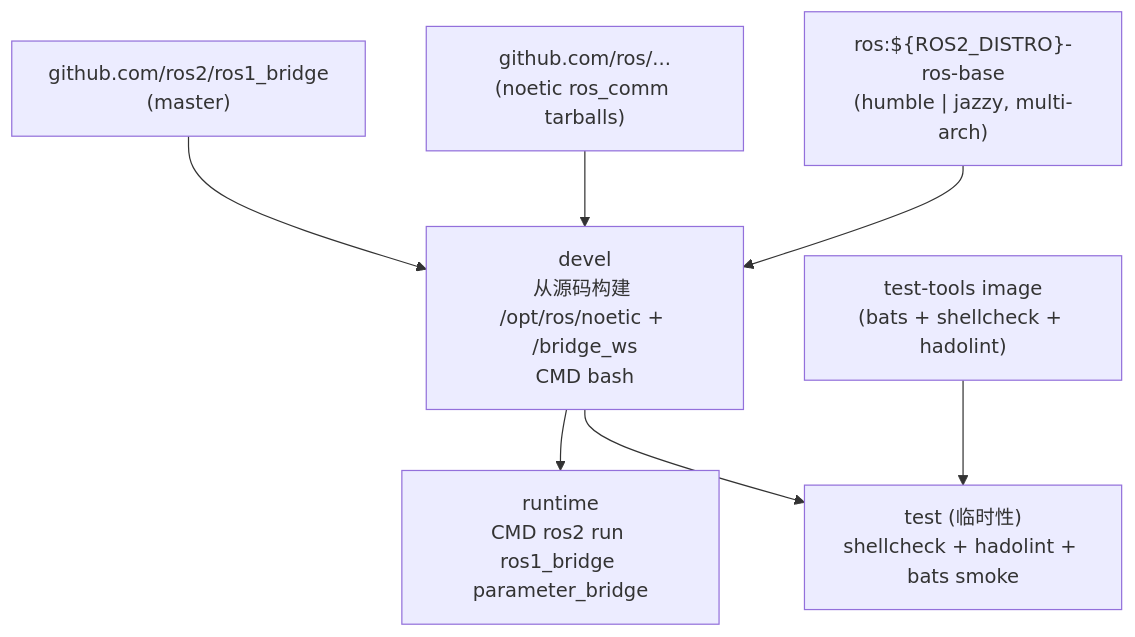
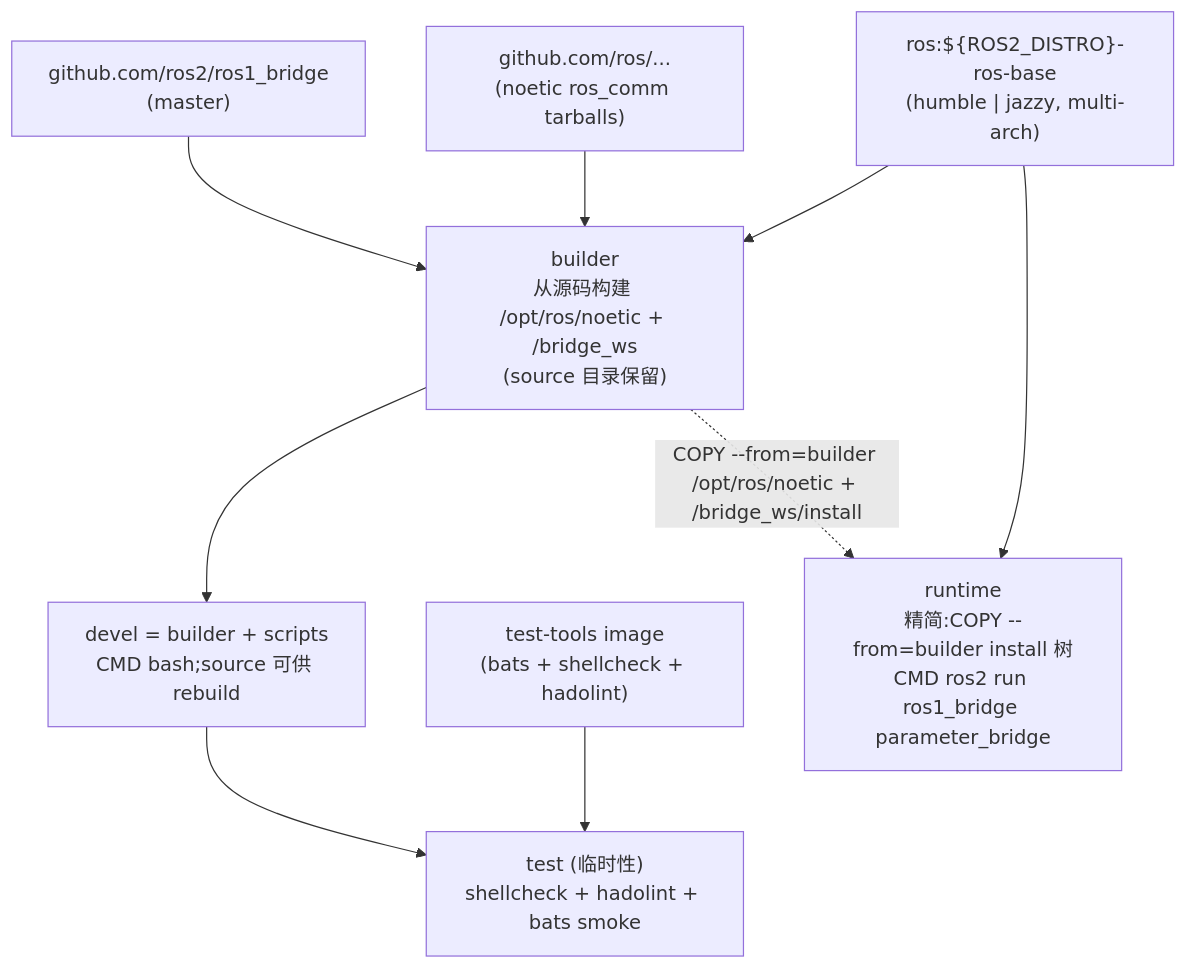
The diagram in doc/README.zh-CN.md (ycpss91255-docker/ros1_bridge), drawn with Mermaid before and after one commit. The commit also changed other lines of this file and 8 other files, not shown here.

````diff
--- a/doc/README.zh-CN.md
+++ b/doc/README.zh-CN.md
@@ -182,17 +182,20 @@
 ```mermaid
 graph TD
     EXT1["test-tools image\n(bats + shellcheck + hadolint)"]
     EXT3["ros:${ROS2_DISTRO}-ros-base\n(humble | jazzy, multi-arch)"]
     EXT4["github.com/ros/...\n(noetic ros_comm tarballs)"]
     EXT5["github.com/ros2/ros1_bridge\n(master)"]
 
-    EXT3 --> devel["devel\n从源码构建 /opt/ros/noetic + /bridge_ws\nCMD bash"]
-    EXT4 --> devel
-    EXT5 --> devel
+    EXT3 --> builder["builder\n从源码构建 /opt/ros/noetic + /bridge_ws\n(source 目录保留)"]
+    EXT4 --> builder
+    EXT5 --> builder
 
-    devel --> runtime["runtime\nCMD ros2 run ros1_bridge parameter_bridge"]
+    builder --> devel["devel = builder + scripts\nCMD bash;source 可供 rebuild"]
+
+    EXT3 --> runtime["runtime\n精简:COPY --from=builder install 树\nCMD ros2 run ros1_bridge parameter_bridge"]
+    builder -.->|COPY --from=builder /opt/ros/noetic + /bridge_ws/install| runtime
 
     EXT1 --> test["test (临时性)\nshellcheck + hadolint + bats smoke"]
     devel --> test
 
 ```
````
